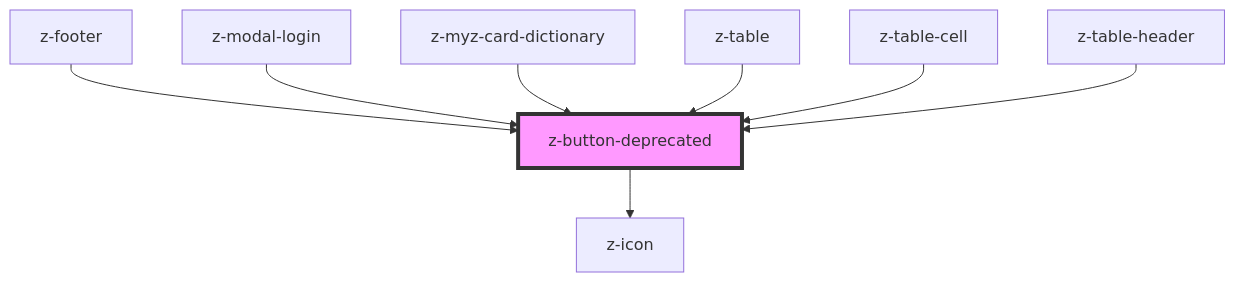
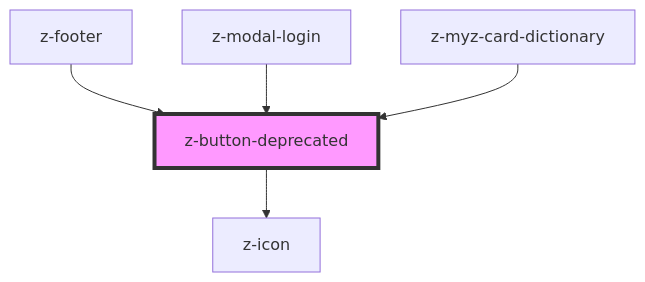
One commit to ZanichelliEditore/design-system changed the diagram in src/deprecated/z-button-deprecated/readme.md. Above: the diagram before and after it, drawn with Mermaid. The commit also changed other lines of this file and 13 other files, not shown here.

````diff
--- a/src/deprecated/z-button-deprecated/readme.md
+++ b/src/deprecated/z-button-deprecated/readme.md
@@ -69,11 +66,8 @@
 ```mermaid
 graph TD;
   z-button-deprecated --> z-icon
   z-footer --> z-button-deprecated
   z-modal-login --> z-button-deprecated
   z-myz-card-dictionary --> z-button-deprecated
-  z-table --> z-button-deprecated
-  z-table-cell --> z-button-deprecated
-  z-table-header --> z-button-deprecated
   style z-button-deprecated fill:#f9f,stroke:#333,stroke-width:4px
 ```
````
